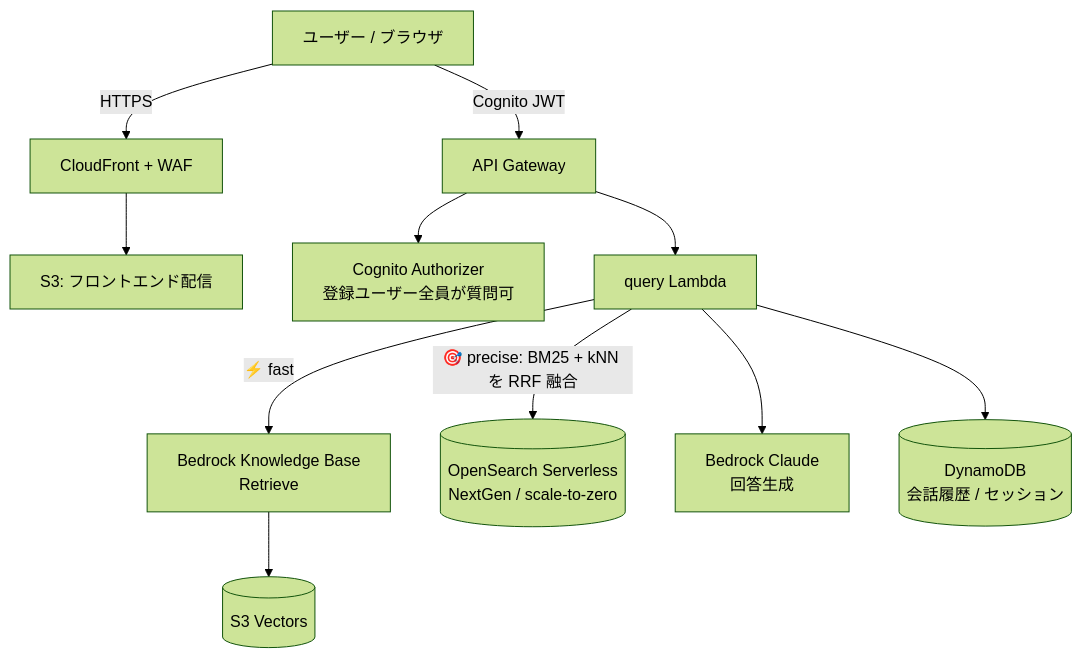
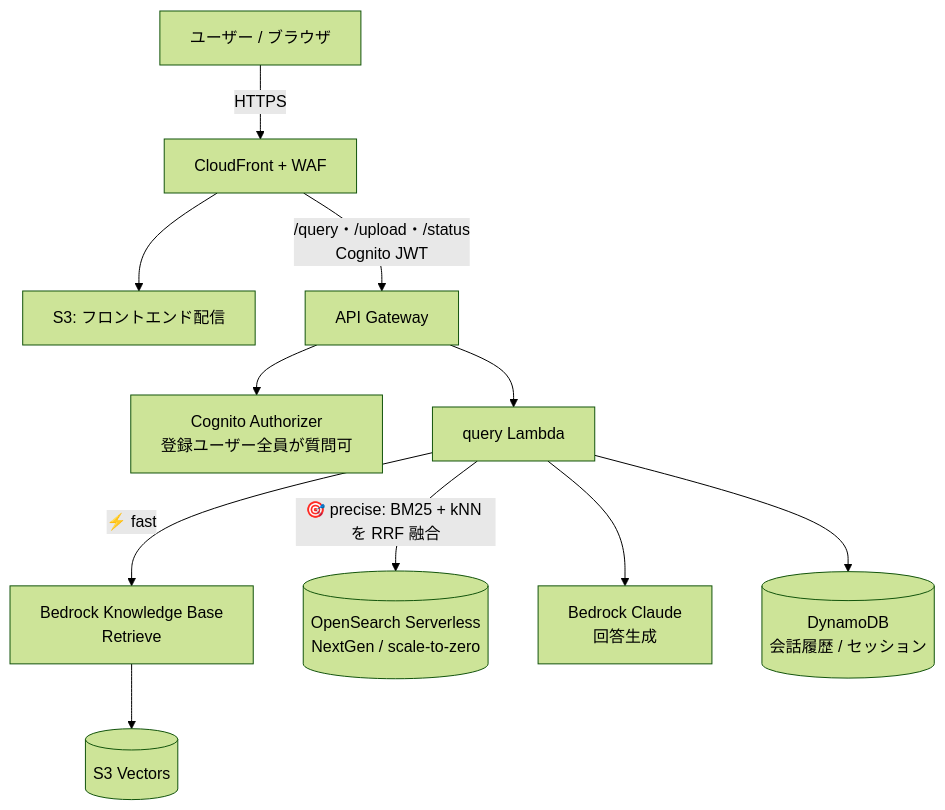
Before and after one commit to Yuki670926/rag-portfolio: the first of 2 diagrams in README.md, drawn with Mermaid (forest theme). The commit also changed other lines of this file, not shown here.

Commit message:
README: 質問フロー図を更新（API も CloudFront 配下＝単一ドメイン・WAF統一・CORS不要）

````diff
--- a/README.md
+++ b/README.md
@@ -23,12 +23,12 @@
 ```mermaid
 flowchart TB
     U[ユーザー / ブラウザ] -->|HTTPS| CF[CloudFront + WAF]
     CF --> FE[S3: フロントエンド配信]
-    U -->|Cognito JWT| APIGW[API Gateway]
+    CF -->|/query・/upload・/status<br/>Cognito JWT| APIGW[API Gateway]
     APIGW --> AUTH[Cognito Authorizer<br/>登録ユーザー全員が質問可]
     APIGW --> Q[query Lambda]
     Q -->|⚡ fast| KB[Bedrock Knowledge Base<br/>Retrieve] --> SV[(S3 Vectors)]
     Q -->|🎯 precise: BM25 + kNN を RRF 融合| OS[(OpenSearch Serverless<br/>NextGen / scale-to-zero)]
     Q --> GEN[Bedrock Claude<br/>回答生成]
     Q --> DDB[(DynamoDB<br/>会話履歴 / セッション)]
 ```
````
